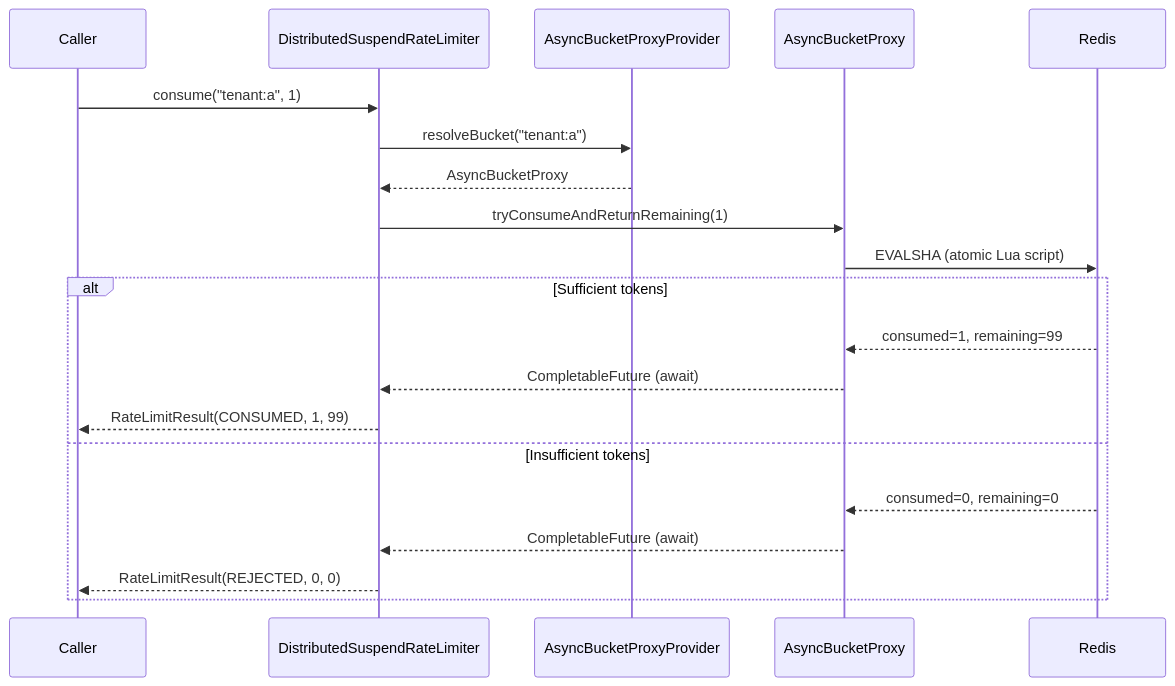
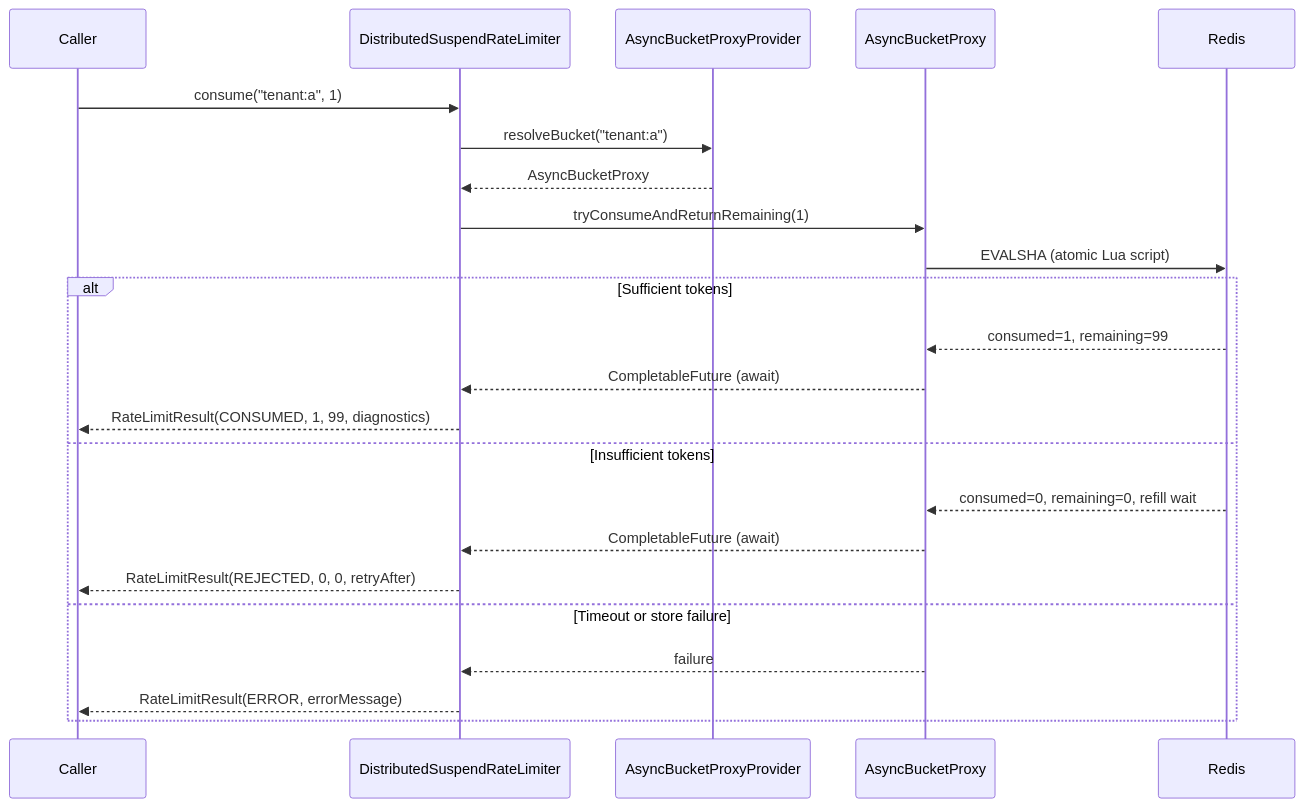
Before and after one commit to bluetape4k/bluetape4k-projects: the third of 3 diagrams in infra/bucket4j/README.md, drawn with Mermaid. The commit also changed other lines of this file and 24 other files, not shown here.

First line of the commit message:
feat: stabilize bucket4j rate limit facade (#442)

````diff
--- a/infra/bucket4j/README.md
+++ b/infra/bucket4j/README.md
@@ -174,23 +196,26 @@
 ```mermaid
 sequenceDiagram
     participant Caller
     participant DistributedSuspendRateLimiter
     participant AsyncBucketProxyProvider
     participant AsyncBucketProxy
     participant Redis
     Caller ->> DistributedSuspendRateLimiter: consume("tenant:a", 1)
     DistributedSuspendRateLimiter ->> AsyncBucketProxyProvider: resolveBucket("tenant:a")
     AsyncBucketProxyProvider -->> DistributedSuspendRateLimiter: AsyncBucketProxy
     DistributedSuspendRateLimiter ->> AsyncBucketProxy: tryConsumeAndReturnRemaining(1)
     AsyncBucketProxy ->> Redis: EVALSHA (atomic Lua script)
 
     alt Sufficient tokens
         Redis -->> AsyncBucketProxy: consumed=1, remaining=99
         AsyncBucketProxy -->> DistributedSuspendRateLimiter: CompletableFuture (await)
-        DistributedSuspendRateLimiter -->> Caller: RateLimitResult(CONSUMED, 1, 99)
+        DistributedSuspendRateLimiter -->> Caller: RateLimitResult(CONSUMED, 1, 99, diagnostics)
     else Insufficient tokens
-        Redis -->> AsyncBucketProxy: consumed=0, remaining=0
+        Redis -->> AsyncBucketProxy: consumed=0, remaining=0, refill wait
         AsyncBucketProxy -->> DistributedSuspendRateLimiter: CompletableFuture (await)
-        DistributedSuspendRateLimiter -->> Caller: RateLimitResult(REJECTED, 0, 0)
+        DistributedSuspendRateLimiter -->> Caller: RateLimitResult(REJECTED, 0, 0, retryAfter)
+    else Timeout or store failure
+        AsyncBucketProxy -->> DistributedSuspendRateLimiter: failure
+        DistributedSuspendRateLimiter -->> Caller: RateLimitResult(ERROR, errorMessage)
     end
 ```
````
